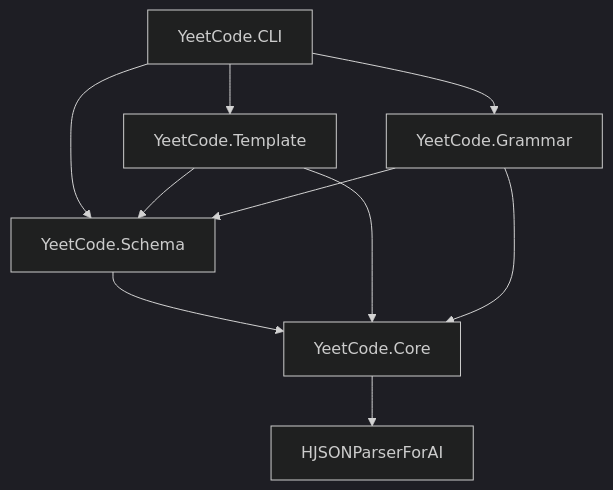
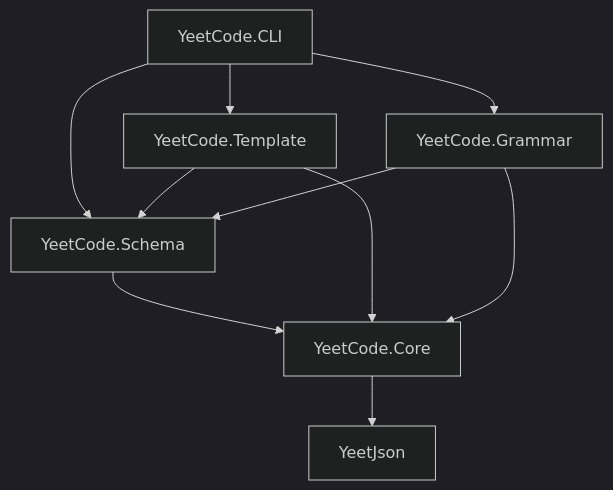
One commit to ArtificialNecessity/AN_YeetCode changed the diagram in _PROJECT_STRUCTURE.md. Above: the diagram before and after it, drawn with Mermaid (dark theme). The commit also changed other lines of this file and 27 other files, not shown here.

Commit message:
renamed the Json parser to YeetJson

````diff
--- a/_PROJECT_STRUCTURE.md
+++ b/_PROJECT_STRUCTURE.md
@@ -91,12 +91,12 @@
 ```mermaid
 graph TD
     CLI[YeetCode.CLI] --> Schema[YeetCode.Schema]
     CLI --> Template[YeetCode.Template]
     CLI --> Grammar[YeetCode.Grammar]
     Schema --> Core[YeetCode.Core]
     Template --> Core
     Template --> Schema
     Grammar --> Core
     Grammar --> Schema
-    Core --> HJSON[HJSONParserForAI]
+    Core --> HJSON[YeetJson]
 ```
````
